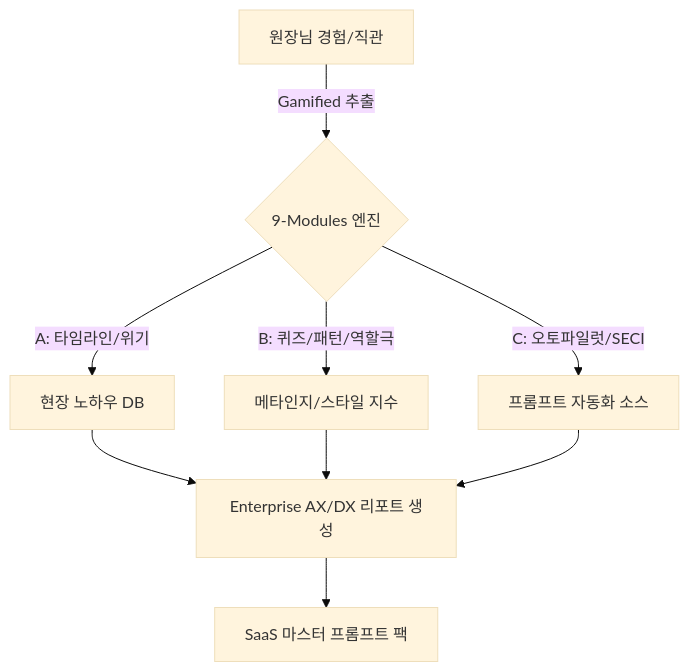
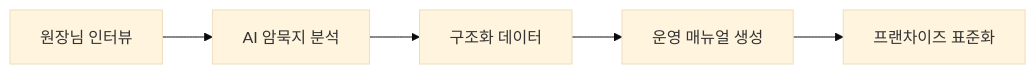
One commit to Reasonofmoon/amp-tacit-practice changed the diagram in README.md. Above: the diagram before and after it, drawn with Mermaid (base theme). The commit also changed other lines of this file, not shown here.

````diff
--- a/README.md
+++ b/README.md
@@ -36,11 +28,7 @@
 ```mermaid
-graph TD
-    A[원장님 경험/직관] -->|Gamified 추출| B{9-Modules 엔진}
-    B -->|A: 타임라인/위기| C[현장 노하우 DB]
-    B -->|B: 퀴즈/패턴/역할극| D[메타인지/스타일 지수]
-    B -->|C: 오토파일럿/SECI| E[프롬프트 자동화 소스]
-    C --> F[Enterprise AX/DX 리포트 생성]
-    D --> F
-    E --> F
-    F --> G[SaaS 마스터 프롬프트 팩]
+graph LR
+    A[원장님 인터뷰] --> B[AI 암묵지 분석]
+    B --> C[구조화 데이터]
+    C --> D[운영 매뉴얼 생성]
+    D --> E[프랜차이즈 표준화]
 ```
````
